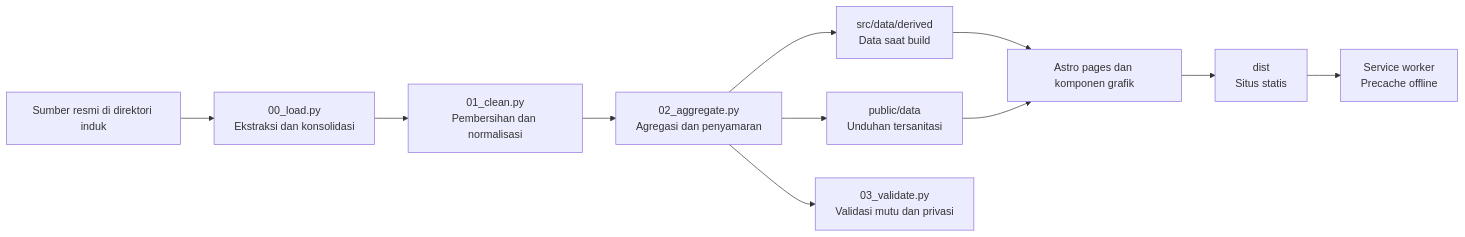
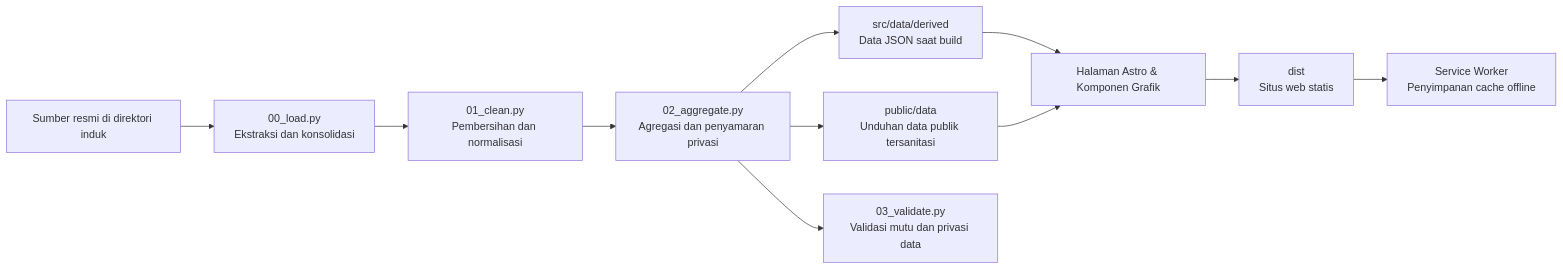
The diagram in README.md (kristonova/laporan-dekan-2026), drawn with Mermaid before and after one commit. The commit also changed other lines of this file, not shown here.

````diff
--- a/README.md
+++ b/README.md
@@ -44,13 +48,13 @@
 ```mermaid
 flowchart LR
   A[Sumber resmi di direktori induk] --> B[00_load.py<br/>Ekstraksi dan konsolidasi]
   B --> C[01_clean.py<br/>Pembersihan dan normalisasi]
-  C --> D[02_aggregate.py<br/>Agregasi dan penyamaran]
-  D --> E[src/data/derived<br/>Data saat build]
-  D --> F[public/data<br/>Unduhan tersanitasi]
-  E --> G[Astro pages dan komponen grafik]
+  C --> D[02_aggregate.py<br/>Agregasi dan penyamaran privasi]
+  D --> E[src/data/derived<br/>Data JSON saat build]
+  D --> F[public/data<br/>Unduhan data publik tersanitasi]
+  E --> G[Halaman Astro & Komponen Grafik]
   F --> G
-  G --> H[dist<br/>Situs statis]
-  H --> I[Service worker<br/>Precache offline]
-  D --> J[03_validate.py<br/>Validasi mutu dan privasi]
+  G --> H[dist<br/>Situs web statis]
+  H --> I[Service Worker<br/>Penyimpanan cache offline]
+  D --> J[03_validate.py<br/>Validasi mutu dan privasi data]
 ```
````
